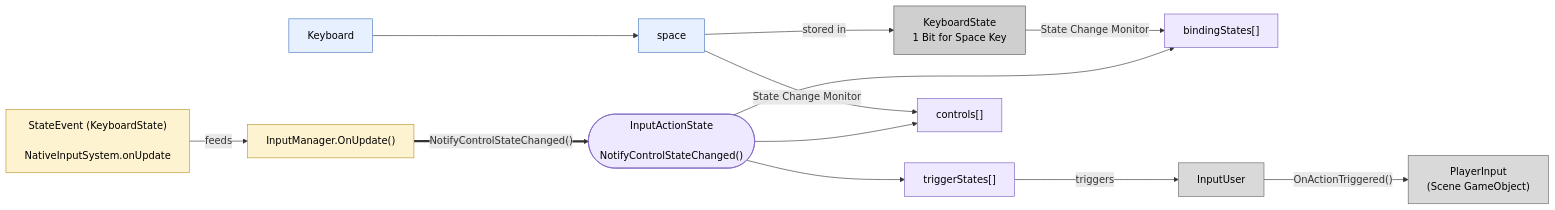
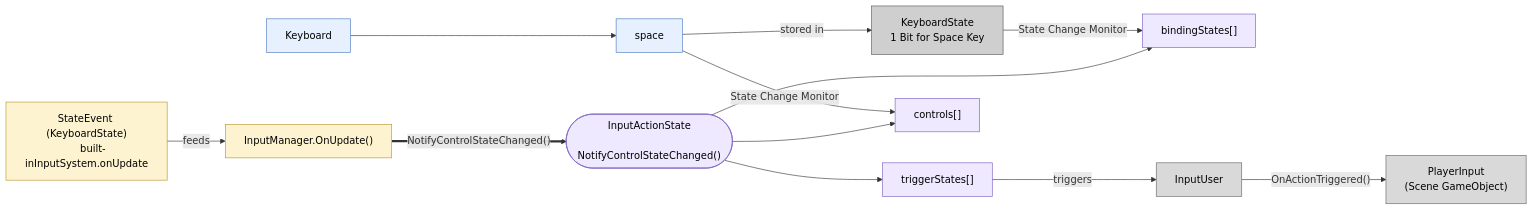
The second of 3 diagrams in Packages/com.unity.inputsystem/Documentation~/Architecture.md (Unity-Technologies/InputSystem), drawn with Mermaid before and after one commit. The commit also changed other lines of this file, not shown here.

````diff
--- a/Packages/com.unity.inputsystem/Documentation~/Architecture.md
+++ b/Packages/com.unity.inputsystem/Documentation~/Architecture.md
@@ -115,41 +116,41 @@
 ```mermaid
 flowchart LR
     %% ---------- Devices ----------
     Keyboard["Keyboard"] --> space["space"]
 
     %% ---------- Input State (unmanaged raw memory) ----------
     KBbit["KeyboardState
     1 Bit for Space Key"]
     space -->|"stored in"| KBbit
 
     %% ---------- Runtime ----------
     StateEvent["StateEvent (KeyboardState)
-    NativeInputSystem.onUpdate"] -->|feeds| OnUpdate["InputManager.OnUpdate()"]
+    built-inInputSystem.onUpdate"] -->|feeds| OnUpdate["InputManager.OnUpdate()"]
 
     %% ---------- Action state ----------
     AState(["InputActionState
     NotifyControlStateChanged()"])
     trig["triggerStates[]"]
     bind["bindingStates[]"]
     ctrl["controls[]"]
     AState --> trig & bind & ctrl
     OnUpdate ==>|"NotifyControlStateChanged()"| AState
     KBbit -->|"State Change Monitor"| bind
     space -->|"State Change Monitor"| ctrl
 
     %% ---------- Callback out to the scene ----------
     trig -->|triggers| IU["InputUser"]
     IU -->|"OnActionTriggered()"| PI["PlayerInput
     (Scene GameObject)"]
 
     classDef device fill:#e6f0ff,stroke:#4a78c0,color:#000;
     classDef state fill:#cfcfcf,stroke:#555,color:#000;
     classDef astate fill:#efe9ff,stroke:#7a5ec0,color:#000;
     classDef runtime fill:#fdf3d0,stroke:#b9962e,color:#000;
     classDef go fill:#d9d9d9,stroke:#666,color:#000;
     class Keyboard,space device;
     class KBbit state;
     class AState,trig,bind,ctrl astate;
     class StateEvent,OnUpdate runtime;
     class IU,PI go;
 ```
````
